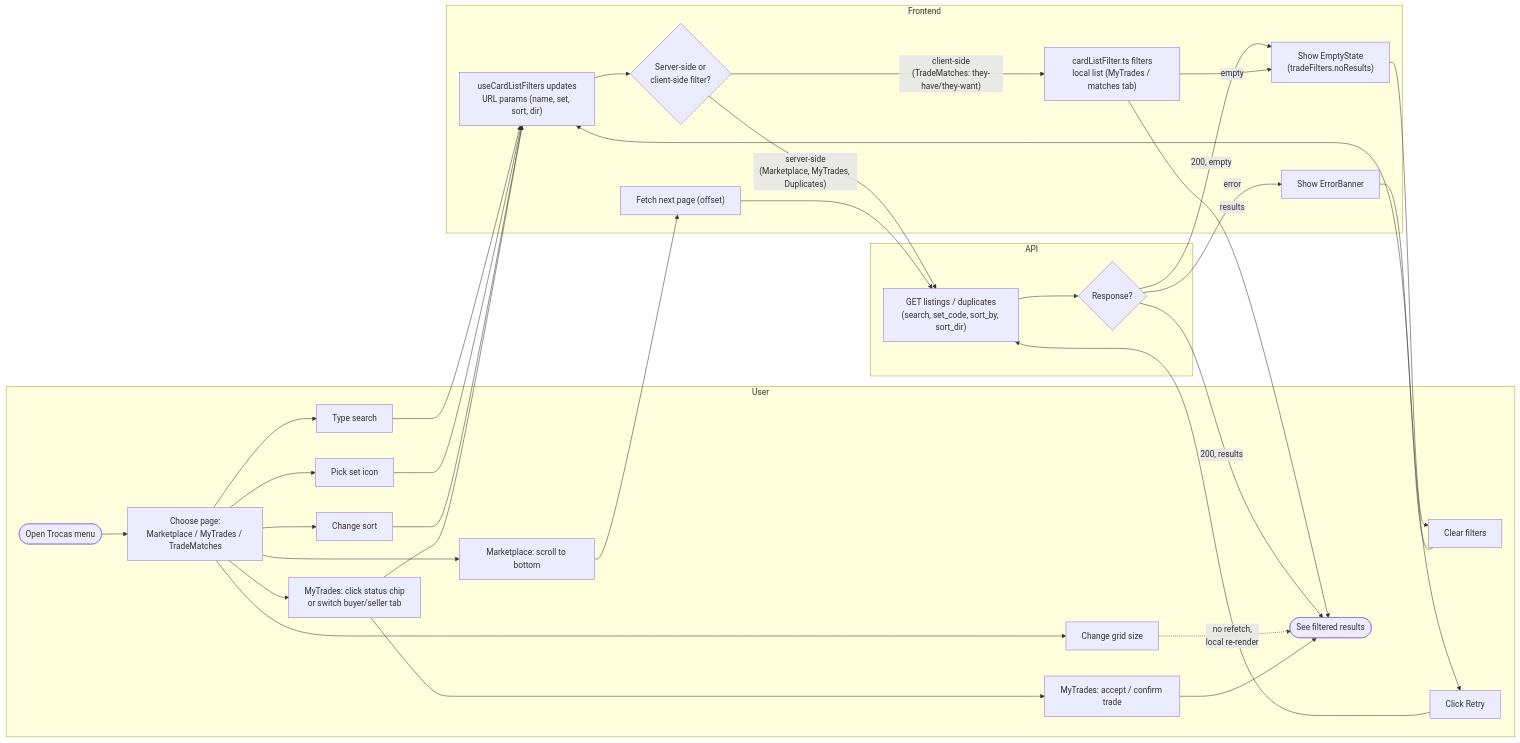
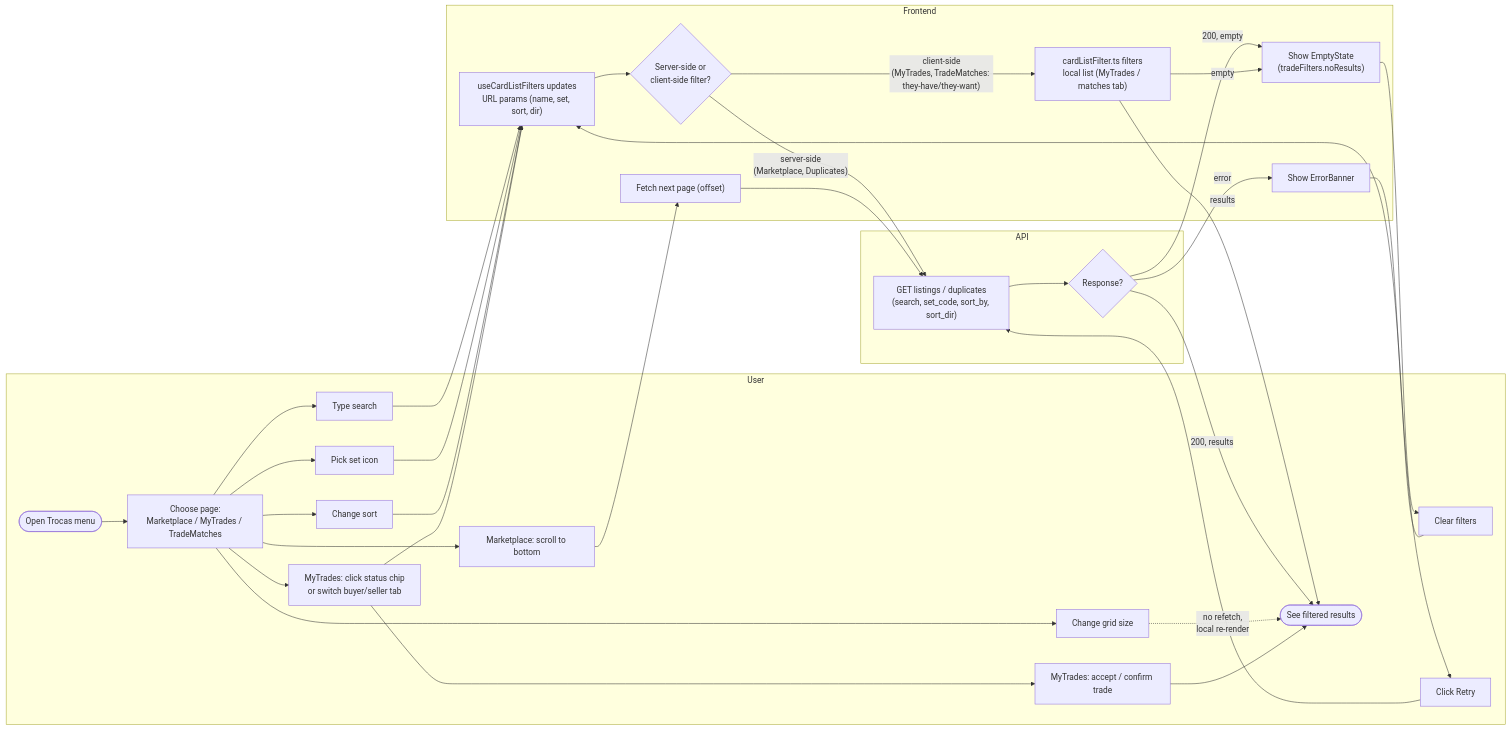
Before and after one commit to eduardodidio/TCG-market-intelligence: the diagram in docs/diagrams/F174-journey.mmd, drawn with Mermaid. The commit also changed 1 other file, not shown here.

Commit message:
F174 TechLead re-review: APPROVED (journey diagram synced)
Claude-Session: https://claude.ai/code/session_01Je1Mw117LD9tUwSkiC1jya

```diff
--- a/docs/diagrams/F174-journey.mmd
+++ b/docs/diagrams/F174-journey.mmd
@@ -1,61 +1,61 @@
 %% F174 — User journey: browsing/filtering Trocas pages with the shared CardFilterBar
 
 flowchart LR
     subgraph User["User"]
         U_START(["Open Trocas menu"])
         U_PAGE["Choose page:<br/>Marketplace / MyTrades / TradeMatches"]
         U_TYPE["Type search"]
         U_SET["Pick set icon"]
         U_SORT["Change sort"]
         U_GRID["Change grid size"]
         U_TAB["MyTrades: click status chip<br/>or switch buyer/seller tab"]
         U_ACTION["MyTrades: accept / confirm trade"]
         U_SCROLL["Marketplace: scroll to bottom"]
         U_CLEAR["Clear filters"]
         U_RETRY["Click Retry"]
         U_END(["See filtered results"])
     end
 
     subgraph Frontend["Frontend"]
         F_URL["useCardListFilters updates<br/>URL params (name, set, sort, dir)"]
         F_KIND{"Server-side or<br/>client-side filter?"}
         F_LOCAL["cardListFilter.ts filters<br/>local list (MyTrades / matches tab)"]
         F_LOADMORE["Fetch next page (offset)"]
         F_EMPTY["Show EmptyState<br/>(tradeFilters.noResults)"]
         F_ERROR["Show ErrorBanner"]
     end
 
     subgraph API["API"]
         A_CALL["GET listings / duplicates<br/>(search, set_code, sort_by, sort_dir)"]
         A_RESULT{"Response?"}
     end
 
     U_START --> U_PAGE --> U_TYPE
     U_PAGE --> U_SET
     U_PAGE --> U_SORT
     U_PAGE --> U_GRID
     U_PAGE --> U_TAB
     U_PAGE --> U_SCROLL
 
     U_TYPE --> F_URL
     U_SET --> F_URL
     U_SORT --> F_URL
     U_TAB --> F_URL
 
     F_URL --> F_KIND
-    F_KIND -->|"server-side<br/>(Marketplace, MyTrades, Duplicates)"| A_CALL
-    F_KIND -->|"client-side<br/>(TradeMatches: they-have/they-want)"| F_LOCAL
+    F_KIND -->|"server-side<br/>(Marketplace, Duplicates)"| A_CALL
+    F_KIND -->|"client-side<br/>(MyTrades, TradeMatches: they-have/they-want)"| F_LOCAL
 
     A_CALL --> A_RESULT
     A_RESULT -->|"200, results"| U_END
     A_RESULT -->|"200, empty"| F_EMPTY --> U_CLEAR --> F_URL
     A_RESULT -->|"error"| F_ERROR --> U_RETRY --> A_CALL
 
     F_LOCAL -->|"results"| U_END
     F_LOCAL -->|"empty"| F_EMPTY
 
     U_GRID -.->|"no refetch,<br/>local re-render"| U_END
 
     U_SCROLL --> F_LOADMORE --> A_CALL
 
     U_TAB --> U_ACTION --> U_END
```
